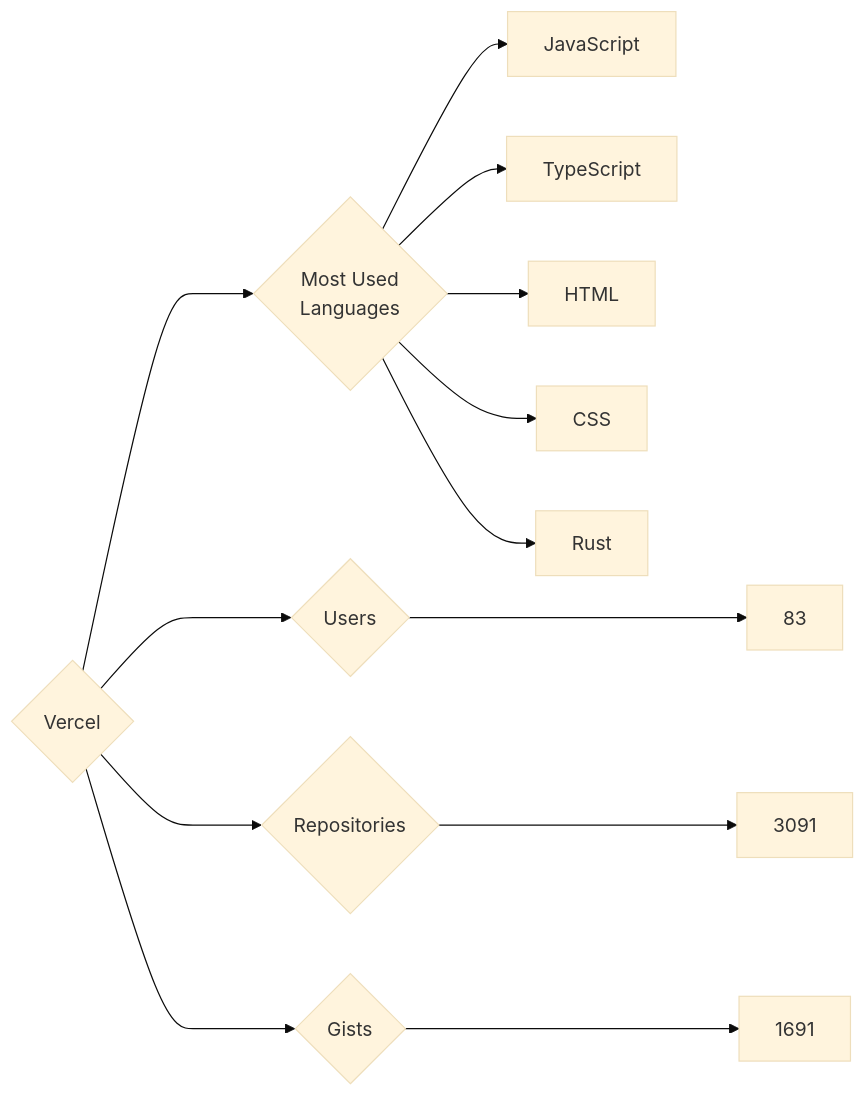
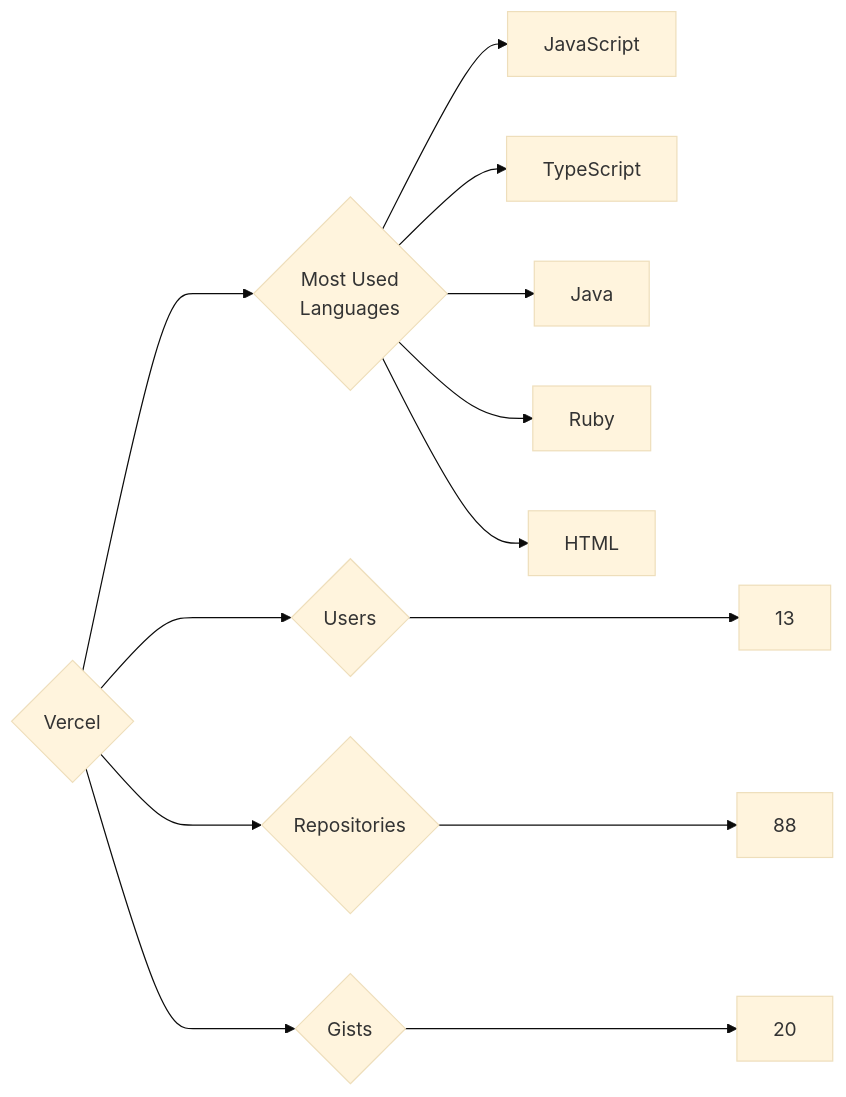
One commit to trickest/insiders changed the diagram in targets/Vercel/README.md. Above: the diagram before and after it, drawn with Mermaid (base theme). The commit also changed 1496 other files, not shown here.

````diff
--- a/targets/Vercel/README.md
+++ b/targets/Vercel/README.md
@@ -3,13 +3,13 @@
 ```mermaid
 graph LR
 COMPANY_NAME{Vercel}
-COMPANY_NAME ---> U{Users} ---> UN[83]
-COMPANY_NAME ---> R{Repositories} ---> RN[3091]
-COMPANY_NAME ---> G{Gists} ---> GN[1691]
+COMPANY_NAME ---> U{Users} ---> UN[13]
+COMPANY_NAME ---> R{Repositories} ---> RN[88]
+COMPANY_NAME ---> G{Gists} ---> GN[20]
 COMPANY_NAME ---> ML{Most Used<br>Languages}
 ML --> JavaScript[JavaScript]
 ML --> TypeScript[TypeScript]
+ML --> Java[Java]
+ML --> Ruby[Ruby]
 ML --> HTML[HTML]
-ML --> CSS[CSS]
-ML --> Rust[Rust]
 ```
````
